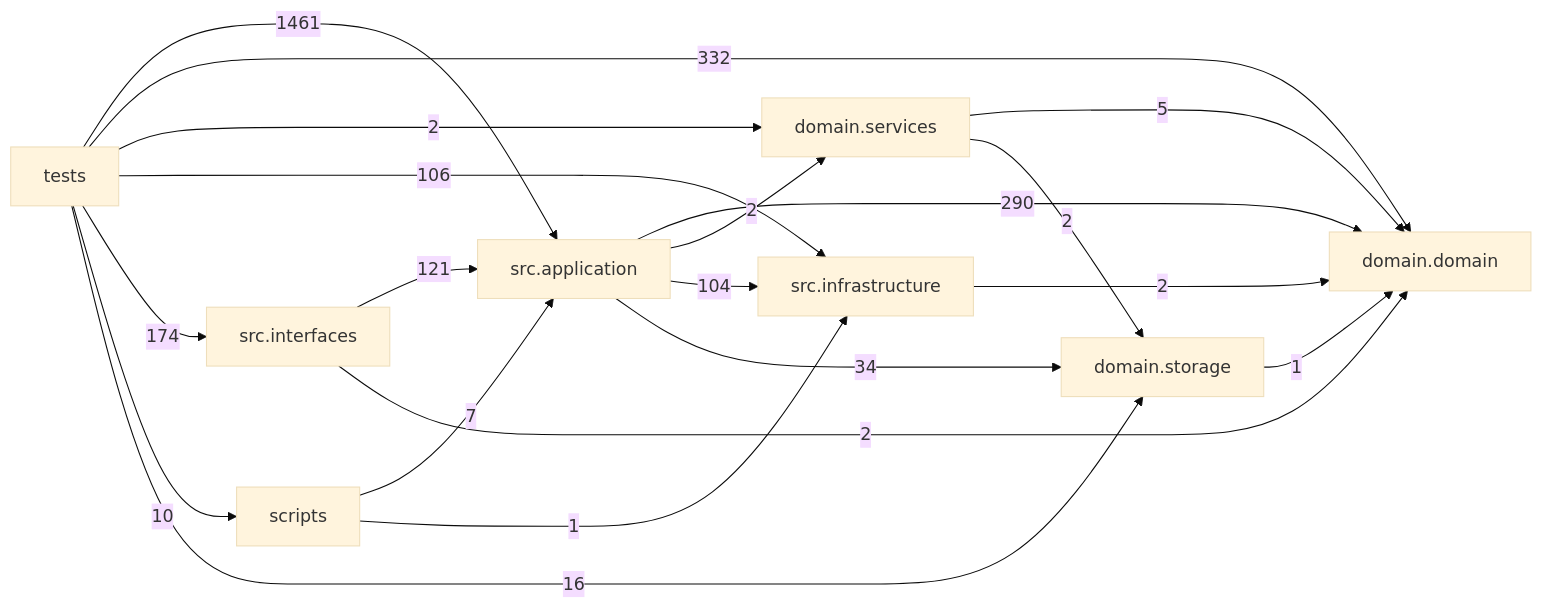
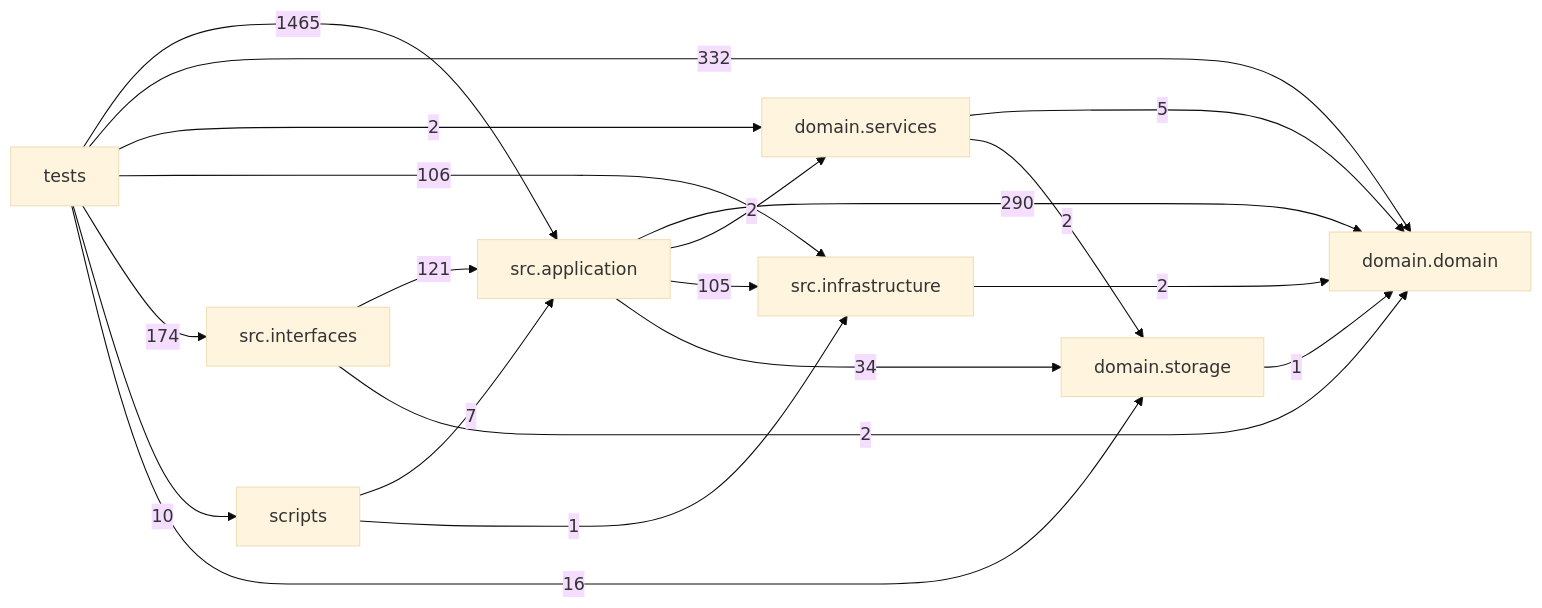
The diagram in docs/DEPENDENCY_GRAPH.md (liuxie066/options-monitor), drawn with Mermaid (base theme) before and after one commit. The commit also changed other lines of this file and 3 other files, not shown here.

````diff
--- a/docs/DEPENDENCY_GRAPH.md
+++ b/docs/DEPENDENCY_GRAPH.md
@@ -24,30 +24,30 @@
 ```mermaid
 flowchart LR
   tests["tests"]
   scripts["scripts"]
   interfaces["src.interfaces"]
   application["src.application"]
   infrastructure["src.infrastructure"]
   domain_services["domain.services"]
   domain["domain.domain"]
   storage["domain.storage"]
   application -->|290| domain
   application -->|2| domain_services
-  application -->|104| infrastructure
+  application -->|105| infrastructure
   application -->|34| storage
   domain_services -->|5| domain
   domain_services -->|2| storage
   infrastructure -->|2| domain
   interfaces -->|121| application
   interfaces -->|2| domain
   scripts -->|7| application
   scripts -->|1| infrastructure
   storage -->|1| domain
-  tests -->|1461| application
+  tests -->|1465| application
   tests -->|332| domain
   tests -->|2| domain_services
   tests -->|106| infrastructure
   tests -->|174| interfaces
   tests -->|10| scripts
   tests -->|16| storage
 ```
````
